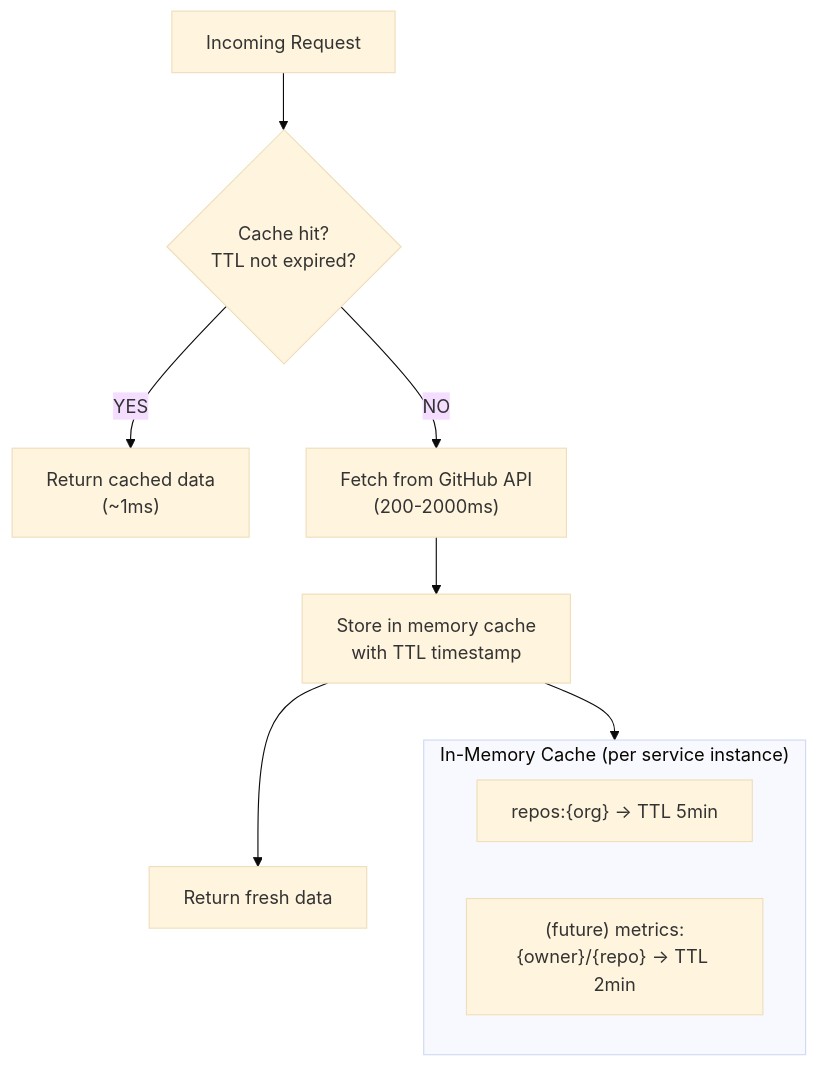
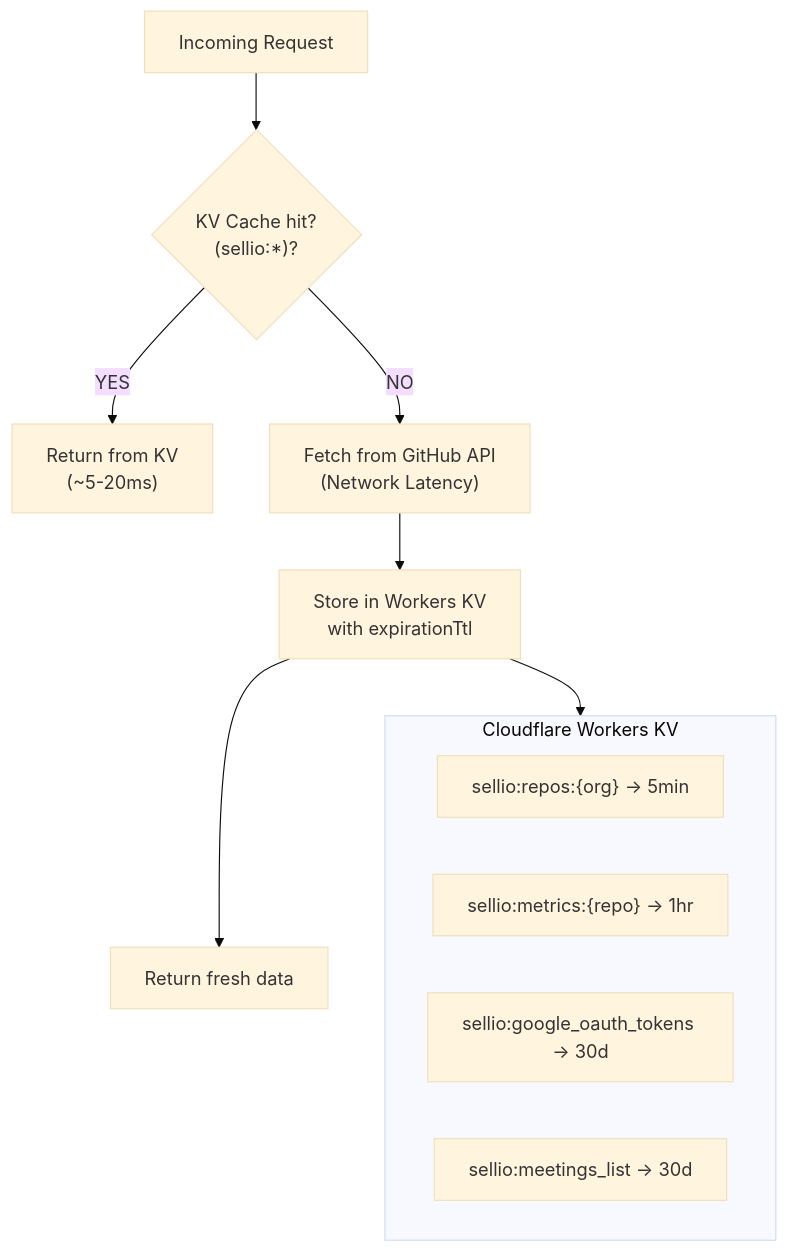
One commit to Sellio-Squad/sellio_metrics changed the ninth of 10 diagrams in ARCHITECTURE.md. Above: the diagram before and after it, drawn with Mermaid (base theme). The commit also changed other lines of this file and 11 other files, not shown here.

First line of the commit message:
refactor(meet): refactor Google Meet client for Workers compatibility

````diff
--- a/ARCHITECTURE.md
+++ b/ARCHITECTURE.md
@@ -336,15 +328,17 @@
 ```mermaid
 graph TD
-    REQ["Incoming Request"] --> CHECK{"Cache hit?<br/>TTL not expired?"}
-    CHECK -->|"YES"| RETURN["Return cached data<br/>(~1ms)"]
-    CHECK -->|"NO"| FETCH["Fetch from GitHub API<br/>(200-2000ms)"]
-    FETCH --> STORE["Store in memory cache<br/>with TTL timestamp"]
+    REQ["Incoming Request"] --> CHECK{"KV Cache hit?<br/>(sellio:*)?"}
+    CHECK -->|"YES"| RETURN["Return from KV<br/>(~5-20ms)"]
+    CHECK -->|"NO"| FETCH["Fetch from GitHub API<br/>(Network Latency)"]
+    FETCH --> STORE["Store in Workers KV<br/>with expirationTtl"]
     STORE --> RETURN2["Return fresh data"]
 
-    subgraph Cache["In-Memory Cache (per service instance)"]
-        K1["repos:{org} → TTL 5min"]
-        K2["(future) metrics:{owner}/{repo} → TTL 2min"]
+    subgraph Cache["Cloudflare Workers KV"]
+        K1["sellio:repos:{org} → 5min"]
+        K2["sellio:metrics:{repo} → 1hr"]
+        K3["sellio:google_oauth_tokens → 30d"]
+        K4["sellio:meetings_list → 30d"]
     end
 
     STORE --> Cache
 ```
````
